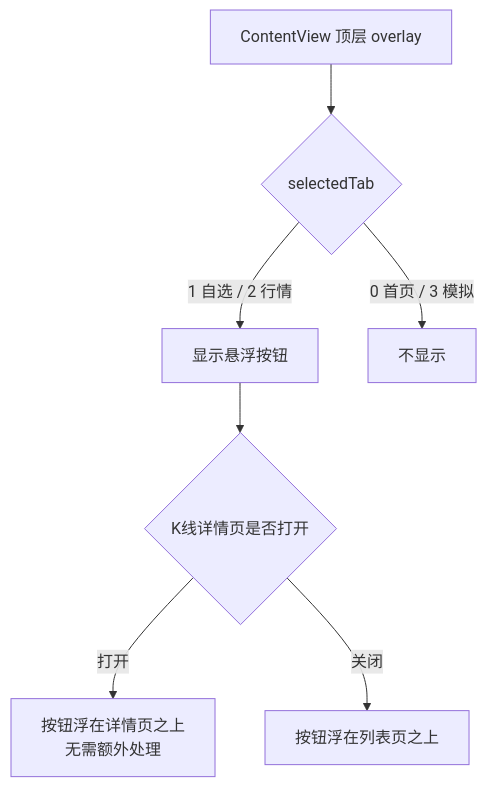
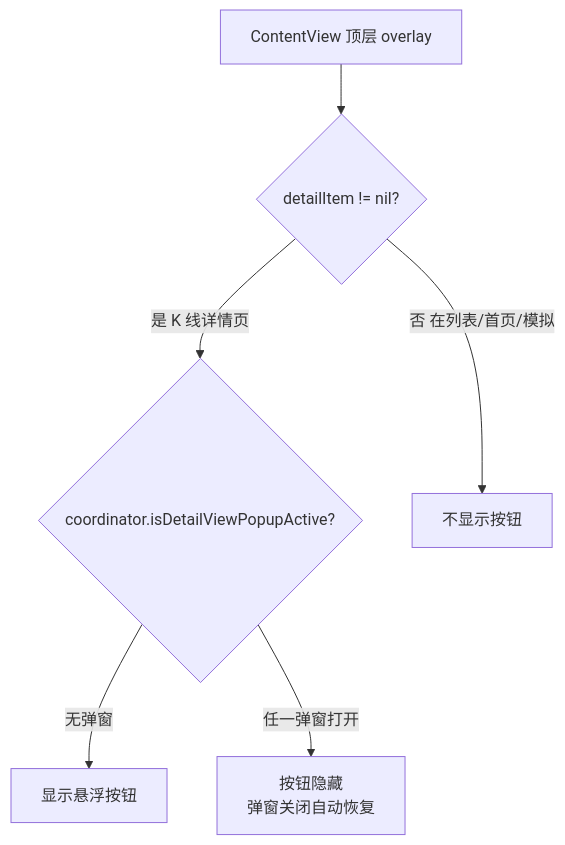
The first of 2 diagrams in .trae/documents/accessory/modules/悬浮按钮.md (SunChuquin/Kline), drawn with Mermaid before and after one commit. The commit also changed other lines of this file and 11 other files, not shown here.

````diff
--- a/.trae/documents/accessory/modules/悬浮按钮.md
+++ b/.trae/documents/accessory/modules/悬浮按钮.md
@@ -23,9 +23,8 @@
 ```mermaid
 flowchart TB
-    A[ContentView 顶层 overlay] --> B{selectedTab}
-    B -->|1 自选 / 2 行情| C[显示悬浮按钮]
-    B -->|0 首页 / 3 模拟| D[不显示]
-    C --> E{K线详情页是否打开}
-    E -->|打开| F[按钮浮在详情页之上<br/>无需额外处理]
-    E -->|关闭| G[按钮浮在列表页之上]
+    A[ContentView 顶层 overlay] --> B{detailItem != nil?}
+    B -->|是 K 线详情页| C{coordinator.isDetailViewPopupActive?}
+    B -->|否 在列表/首页/模拟| D[不显示按钮]
+    C -->|无弹窗| E[显示悬浮按钮]
+    C -->|任一弹窗打开| F[按钮隐藏<br/>弹窗关闭自动恢复]
 ```
````
